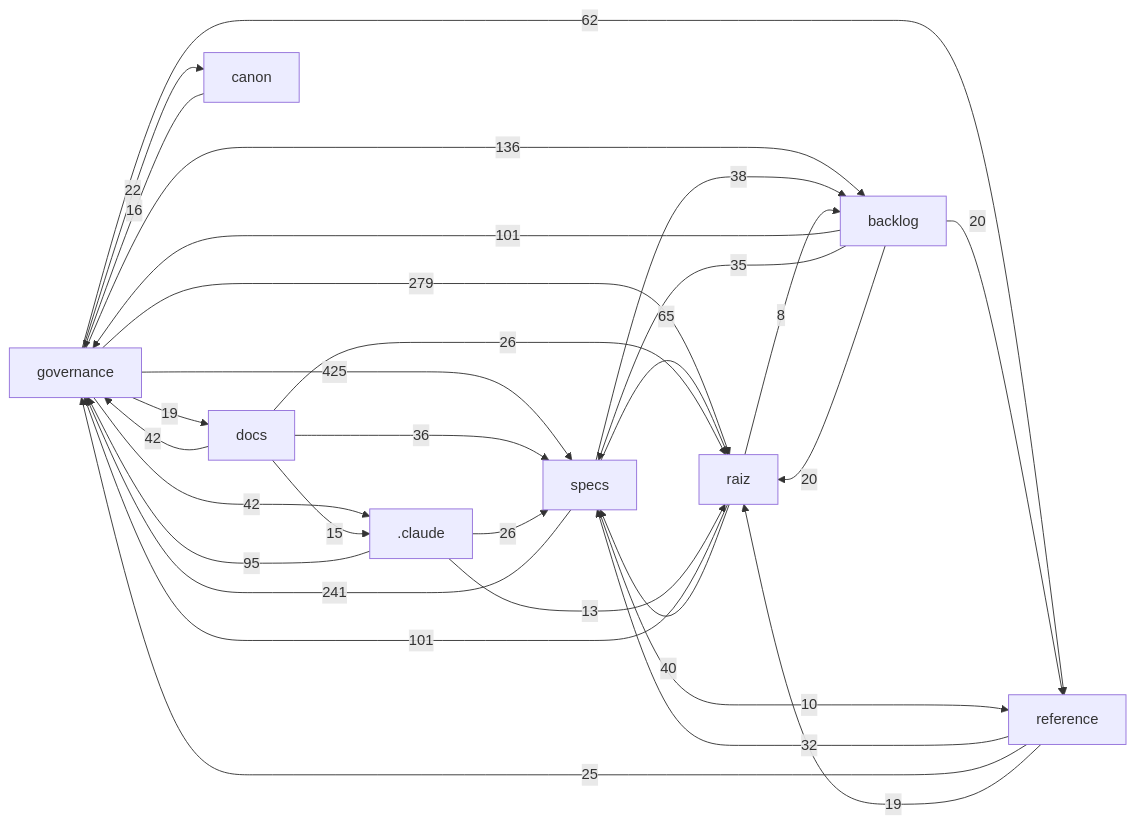
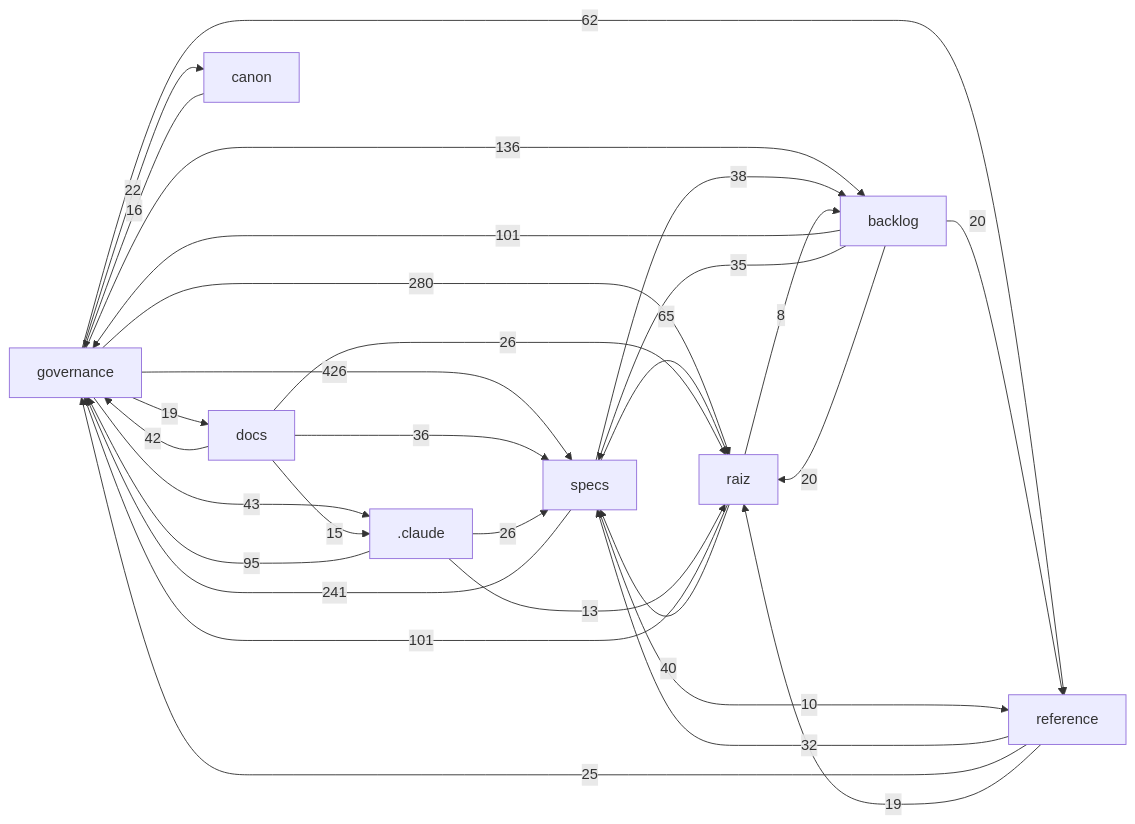
The diagram in docs/mapa/MAPA-PROJETO.md (Andraus35/Sistema-Operacional-de-Trading--SOT), drawn with Mermaid before and after one commit. The commit also changed other lines of this file and 3 other files, not shown here.

````diff
--- a/docs/mapa/MAPA-PROJETO.md
+++ b/docs/mapa/MAPA-PROJETO.md
@@ -29,32 +29,32 @@
 ```mermaid
 flowchart LR
-  governance["governance"] -->|425| specs["specs"]
-  governance["governance"] -->|279| raiz["raiz"]
+  governance["governance"] -->|426| specs["specs"]
+  governance["governance"] -->|280| raiz["raiz"]
   specs["specs"] -->|241| governance["governance"]
   governance["governance"] -->|136| backlog["backlog"]
   raiz["raiz"] -->|101| governance["governance"]
   backlog["backlog"] -->|101| governance["governance"]
   _claude[".claude"] -->|95| governance["governance"]
   specs["specs"] -->|65| raiz["raiz"]
   governance["governance"] -->|62| reference["reference"]
+  governance["governance"] -->|43| _claude[".claude"]
   docs["docs"] -->|42| governance["governance"]
-  governance["governance"] -->|42| _claude[".claude"]
   raiz["raiz"] -->|40| specs["specs"]
   specs["specs"] -->|38| backlog["backlog"]
   docs["docs"] -->|36| specs["specs"]
   backlog["backlog"] -->|35| specs["specs"]
   reference["reference"] -->|32| specs["specs"]
   _claude[".claude"] -->|26| specs["specs"]
   docs["docs"] -->|26| raiz["raiz"]
   reference["reference"] -->|25| governance["governance"]
   governance["governance"] -->|22| canon["canon"]
   backlog["backlog"] -->|20| raiz["raiz"]
   backlog["backlog"] -->|20| reference["reference"]
   governance["governance"] -->|19| docs["docs"]
   reference["reference"] -->|19| raiz["raiz"]
   canon["canon"] -->|16| governance["governance"]
   docs["docs"] -->|15| _claude[".claude"]
   _claude[".claude"] -->|13| raiz["raiz"]
   specs["specs"] -->|10| reference["reference"]
   raiz["raiz"] -->|8| backlog["backlog"]
 ```
````
